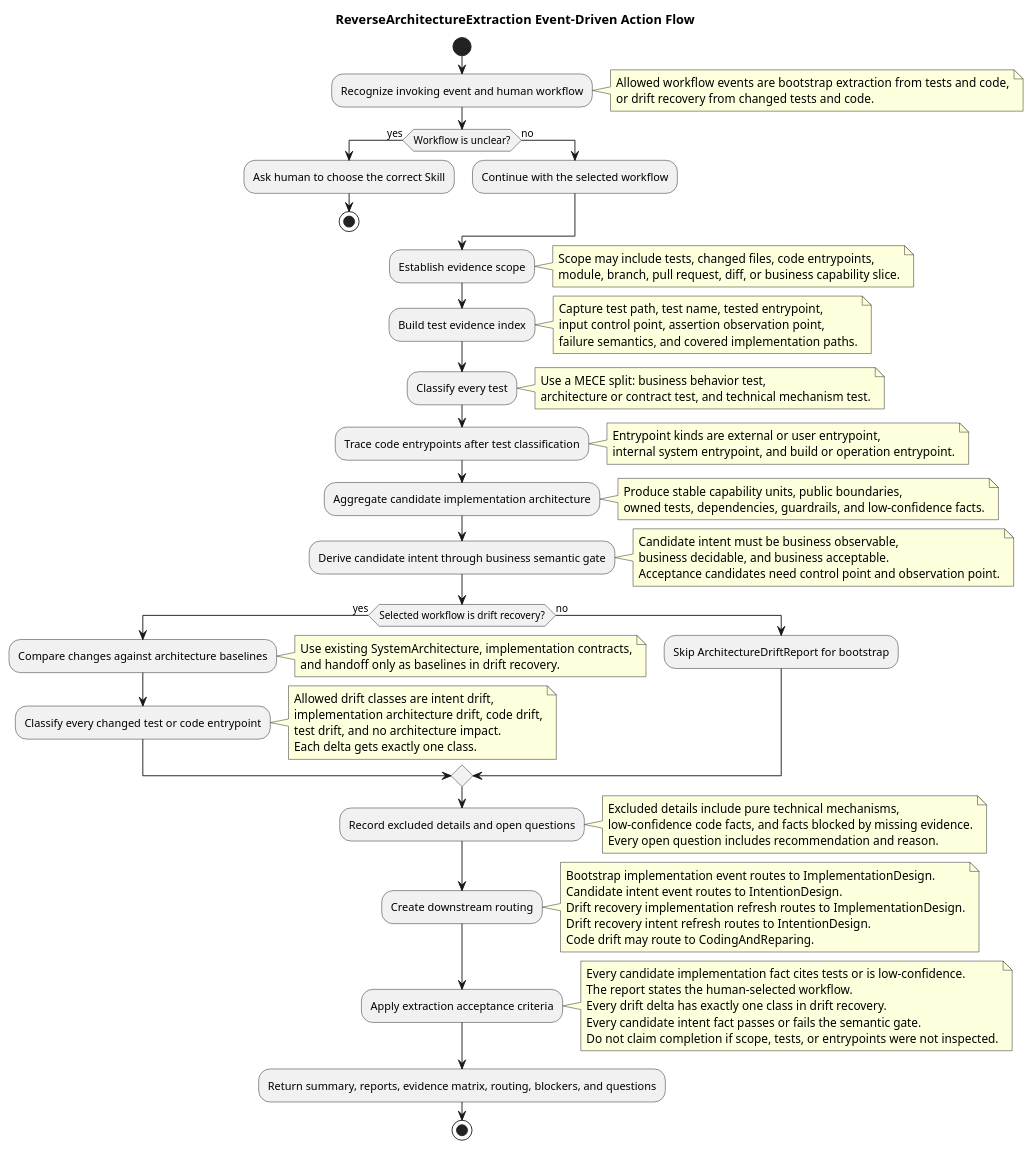
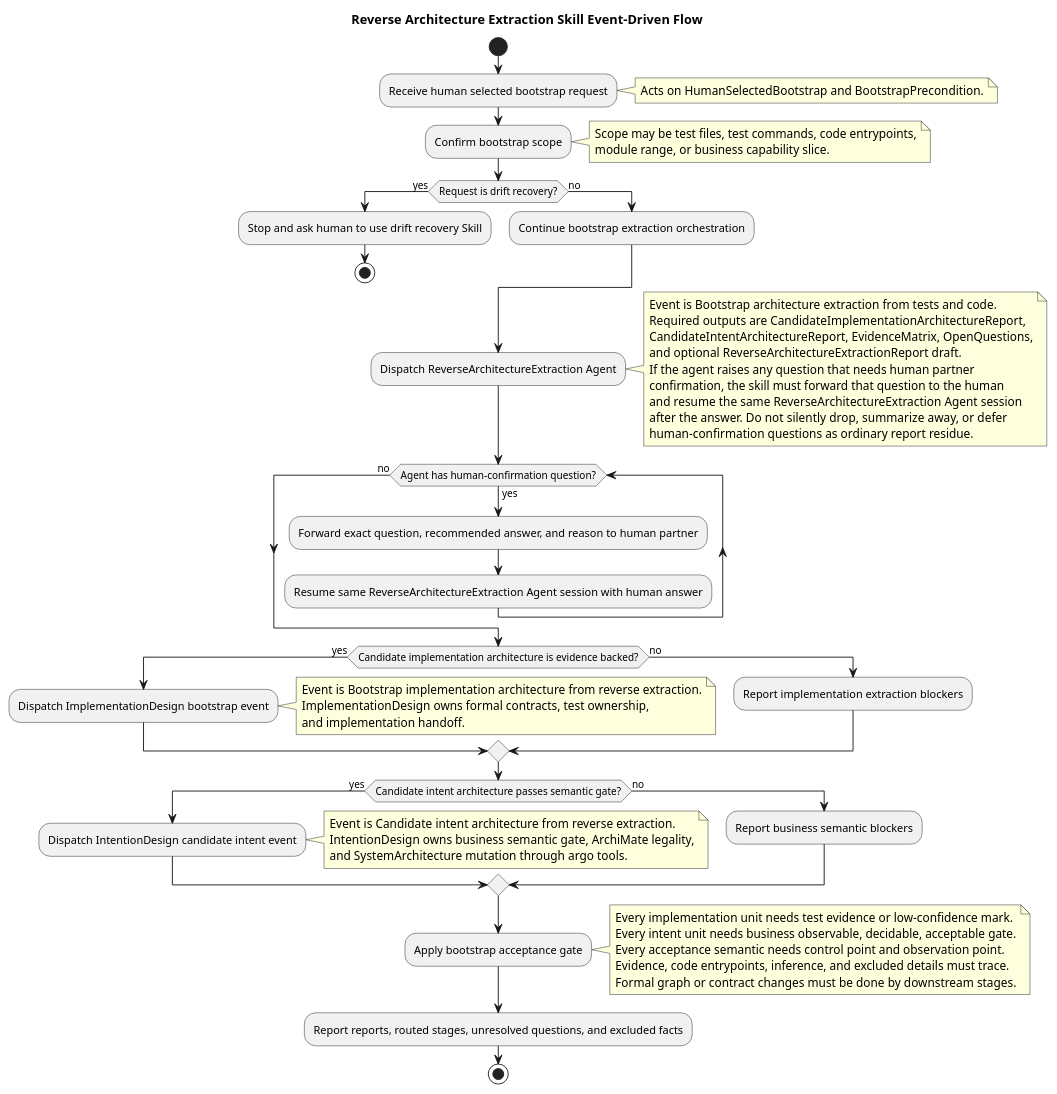
One commit to derekhu0002/Argo changed the second of 2 diagrams in .github/agents/ReverseArchitectureExtraction.md. Above: the diagram before and after it, drawn with PlantUML. The commit also changed other lines of this file and 1 other file, not shown here.

````diff
--- a/.github/agents/ReverseArchitectureExtraction.md
+++ b/.github/agents/ReverseArchitectureExtraction.md
@@ -215,102 +141,76 @@
 ```plantuml
-@startuml ReverseArchitectureExtraction_Behavior
-title ReverseArchitectureExtraction Event-Driven Action Flow
+@startuml ReverseArchitectureExtractionSkill_Behavior
+title Reverse Architecture Extraction Skill Event-Driven Flow
 
 start
-:Recognize invoking event and human workflow;
+:Receive human selected bootstrap request;
 note right
-Allowed workflow events are bootstrap extraction from tests and code,
-or drift recovery from changed tests and code.
+Acts on HumanSelectedBootstrap and BootstrapPrecondition.
 end note
 
-if (Workflow is unclear?) then (yes)
-  :Ask human to choose the correct Skill;
+:Confirm bootstrap scope;
+note right
+Scope may be test files, test commands, code entrypoints,
+module range, or business capability slice.
+end note
+
+if (Request is drift recovery?) then (yes)
+  :Stop and ask human to use drift recovery Skill;
   stop
 else (no)
-  :Continue with the selected workflow;
+  :Continue bootstrap extraction orchestration;
 endif
 
-:Establish evidence scope;
+:Dispatch ReverseArchitectureExtraction Agent;
 note right
-Scope may include tests, changed files, code entrypoints,
-module, branch, pull request, diff, or business capability slice.
+Event is Bootstrap architecture extraction from tests and code.
+Required outputs are CandidateImplementationArchitectureReport,
+CandidateIntentArchitectureReport, EvidenceMatrix, OpenQuestions,
+and optional ReverseArchitectureExtractionReport draft.
+If the agent raises any question that needs human partner
+confirmation, the skill must forward that question to the human
+and resume the same ReverseArchitectureExtraction Agent session
+after the answer. Do not silently drop, summarize away, or defer
+human-confirmation questions as ordinary report residue.
 end note
 
-:Build test evidence index;
+while (Agent has human-confirmation question?) is (yes)
+  :Forward exact question, recommended answer, and reason to human partner;
+  :Resume same ReverseArchitectureExtraction Agent session with human answer;
+endwhile (no)
+
+if (Candidate implementation architecture is evidence backed?) then (yes)
+  :Dispatch ImplementationDesign bootstrap event;
+  note right
+Event is Bootstrap implementation architecture from reverse extraction.
+ImplementationDesign owns formal contracts, test ownership,
+and implementation handoff.
+end note
+else (no)
+  :Report implementation extraction blockers;
+endif
+
+if (Candidate intent architecture passes semantic gate?) then (yes)
+  :Dispatch IntentionDesign candidate intent event;
+  note right
+Event is Candidate intent architecture from reverse extraction.
+IntentionDesign owns business semantic gate, ArchiMate legality,
+and SystemArchitecture mutation through argo tools.
+end note
+else (no)
+  :Report business semantic blockers;
+endif
+
+:Apply bootstrap acceptance gate;
 note right
-Capture test path, test name, tested entrypoint,
-input control point, assertion observation point,
-failure semantics, and covered implementation paths.
+Every implementation unit needs test evidence or low-confidence mark.
+Every intent unit needs business observable, decidable, acceptable gate.
+Every acceptance semantic needs control point and observation point.
+Evidence, code entrypoints, inference, and excluded details must trace.
+Formal graph or contract changes must be done by downstream stages.
 end note
 
-:Classify every test;
-note right
-Use a MECE split: business behavior test,
-architecture or contract test, and technical mechanism test.
-end note
-
-:Trace code entrypoints after test classification;
-note right
-Entrypoint kinds are external or user entrypoint,
-internal system entrypoint, and build or operation entrypoint.
-end note
-
-:Aggregate candidate implementation architecture;
-note right
-Produce stable capability units, public boundaries,
-owned tests, dependencies, guardrails, and low-confidence facts.
-end note
-
-:Derive candidate intent through business semantic gate;
-note right
-Candidate intent must be business observable,
-business decidable, and business acceptable.
-Acceptance candidates need control point and observation point.
-end note
-
-if (Selected workflow is drift recovery?) then (yes)
-  :Compare changes against architecture baselines;
-  note right
-Use existing SystemArchitecture, implementation contracts,
-and handoff only as baselines in drift recovery.
-end note
-  :Classify every changed test or code entrypoint;
-  note right
-Allowed drift classes are intent drift,
-implementation architecture drift, code drift,
-test drift, and no architecture impact.
-Each delta gets exactly one class.
-end note
-else (no)
-  :Skip ArchitectureDriftReport for bootstrap;
-endif
-
-:Record excluded details and open questions;
-note right
-Excluded details include pure technical mechanisms,
-low-confidence code facts, and facts blocked by missing evidence.
-Every open question includes recommendation and reason.
-end note
-
-:Create downstream routing;
-note right
-Bootstrap implementation event routes to ImplementationDesign.
-Candidate intent event routes to IntentionDesign.
-Drift recovery implementation refresh routes to ImplementationDesign.
-Drift recovery intent refresh routes to IntentionDesign.
-Code drift may route to CodingAndReparing.
-end note
-
-:Apply extraction acceptance criteria;
-note right
-Every candidate implementation fact cites tests or is low-confidence.
-The report states the human-selected workflow.
-Every drift delta has exactly one class in drift recovery.
-Every candidate intent fact passes or fails the semantic gate.
-Do not claim completion if scope, tests, or entrypoints were not inspected.
-end note
-
-:Return summary, reports, evidence matrix, routing, blockers, and questions;
+:Report reports, routed stages, unresolved questions, and excluded facts;
 stop
 @enduml
 ```
````
